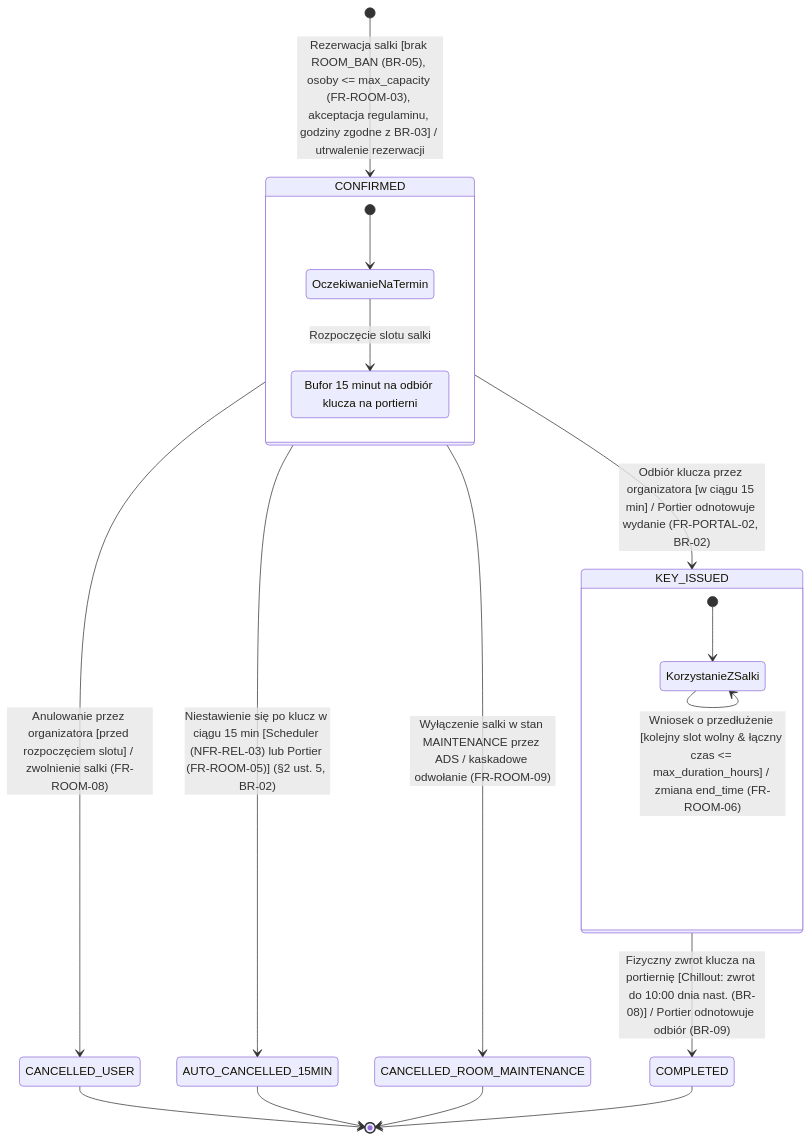
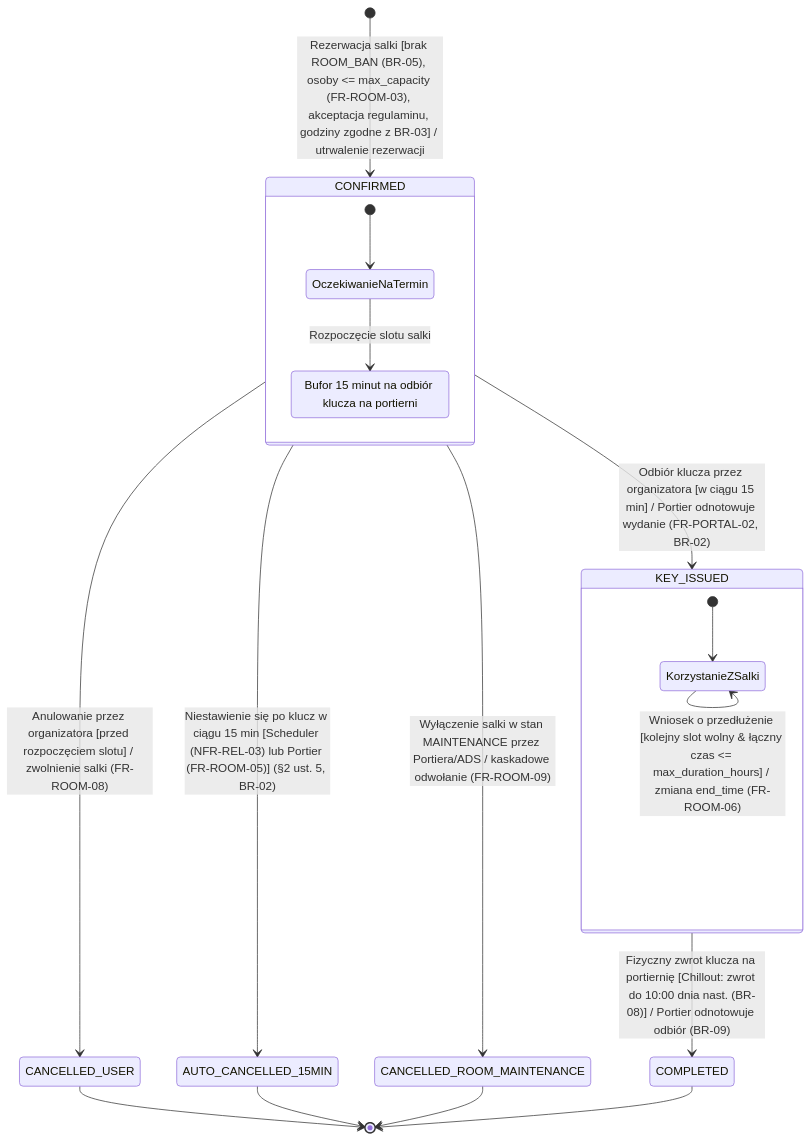
The third of 8 diagrams in Docs/Diagramy_Maszyny_Stanow.md (Buczy8/PKampus), drawn with Mermaid before and after one commit. The commit also changed other lines of this file and 7 other files, not shown here.

````diff
--- a/Docs/Diagramy_Maszyny_Stanow.md
+++ b/Docs/Diagramy_Maszyny_Stanow.md
@@ -106,28 +106,28 @@
 ```mermaid
 stateDiagram-v2
     [*] --> CONFIRMED: Rezerwacja salki [brak ROOM_BAN (BR-05), osoby <= max_capacity (FR-ROOM-03), akceptacja regulaminu, godziny zgodne z BR-03] / utrwalenie rezerwacji
 
     state CONFIRMED {
         [*] --> OczekiwanieNaTermin
         OczekiwanieNaTermin --> OknoOdbioruKlucza: Rozpoczęcie slotu salki
         OknoOdbioruKlucza: Bufor 15 minut na odbiór klucza na portierni
     }
 
     CONFIRMED --> CANCELLED_USER: Anulowanie przez organizatora [przed rozpoczęciem slotu] / zwolnienie salki (FR-ROOM-08)
     CONFIRMED --> AUTO_CANCELLED_15MIN: Niestawienie się po klucz w ciągu 15 min [Scheduler (NFR-REL-03) lub Portier (FR-ROOM-05)] (§2 ust. 5, BR-02)
-    CONFIRMED --> CANCELLED_ROOM_MAINTENANCE: Wyłączenie salki w stan MAINTENANCE przez ADS / kaskadowe odwołanie (FR-ROOM-09)
+    CONFIRMED --> CANCELLED_ROOM_MAINTENANCE: Wyłączenie salki w stan MAINTENANCE przez Portiera/ADS / kaskadowe odwołanie (FR-ROOM-09)
 
     CONFIRMED --> KEY_ISSUED: Odbiór klucza przez organizatora [w ciągu 15 min] / Portier odnotowuje wydanie (FR-PORTAL-02, BR-02)
 
     state KEY_ISSUED {
         [*] --> KorzystanieZSalki
         KorzystanieZSalki --> KorzystanieZSalki: Wniosek o przedłużenie [kolejny slot wolny & łączny czas <= max_duration_hours] / zmiana end_time (FR-ROOM-06)
     }
 
     KEY_ISSUED --> COMPLETED: Fizyczny zwrot klucza na portiernię [Chillout: zwrot do 10:00 dnia nast. (BR-08)] / Portier odnotowuje odbiór (BR-09)
 
     CANCELLED_USER --> [*]
     AUTO_CANCELLED_15MIN --> [*]
     CANCELLED_ROOM_MAINTENANCE --> [*]
     COMPLETED --> [*]
 ```
````
